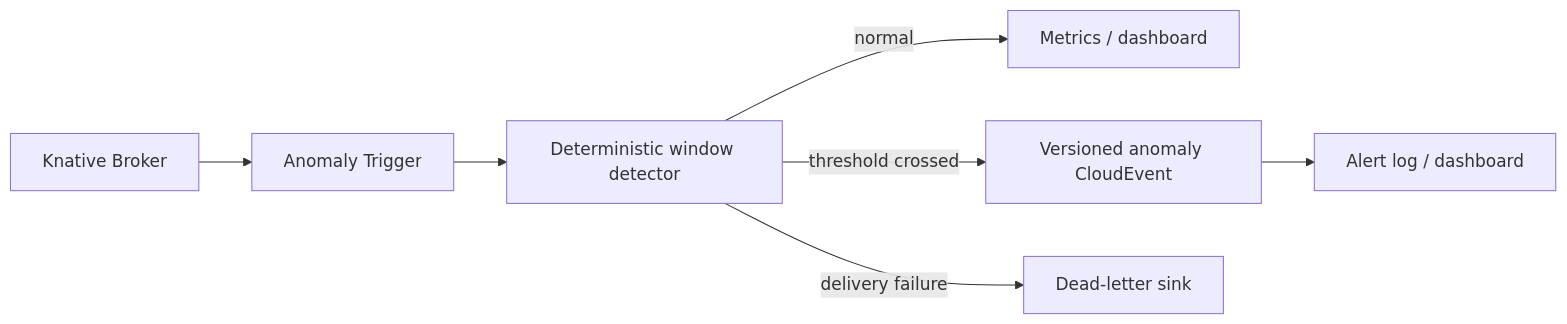
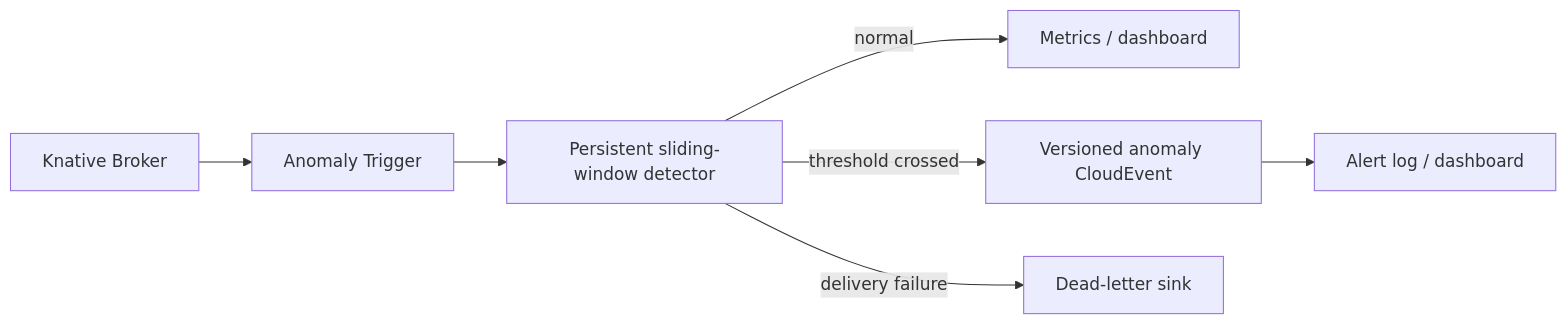
The fourth of 5 diagrams in docs/module3/final-rubric-architecture.md (nhatminh06/personal-cognitive-load-monitor), drawn with Mermaid before and after one commit. The commit also changed other lines of this file and 17 other files, not shown here.

````diff
--- a/docs/module3/final-rubric-architecture.md
+++ b/docs/module3/final-rubric-architecture.md
@@ -79,9 +79,9 @@
 ```mermaid
 flowchart LR
     Broker[Knative Broker] --> Trigger[Anomaly Trigger]
-    Trigger --> Detector[Deterministic window detector]
+    Trigger --> Detector[Persistent sliding-window detector]
     Detector -->|normal| Metrics[Metrics / dashboard]
     Detector -->|threshold crossed| Alert[Versioned anomaly CloudEvent]
     Alert --> AlertSink[Alert log / dashboard]
     Detector -->|delivery failure| DLS[Dead-letter sink]
 ```
````
